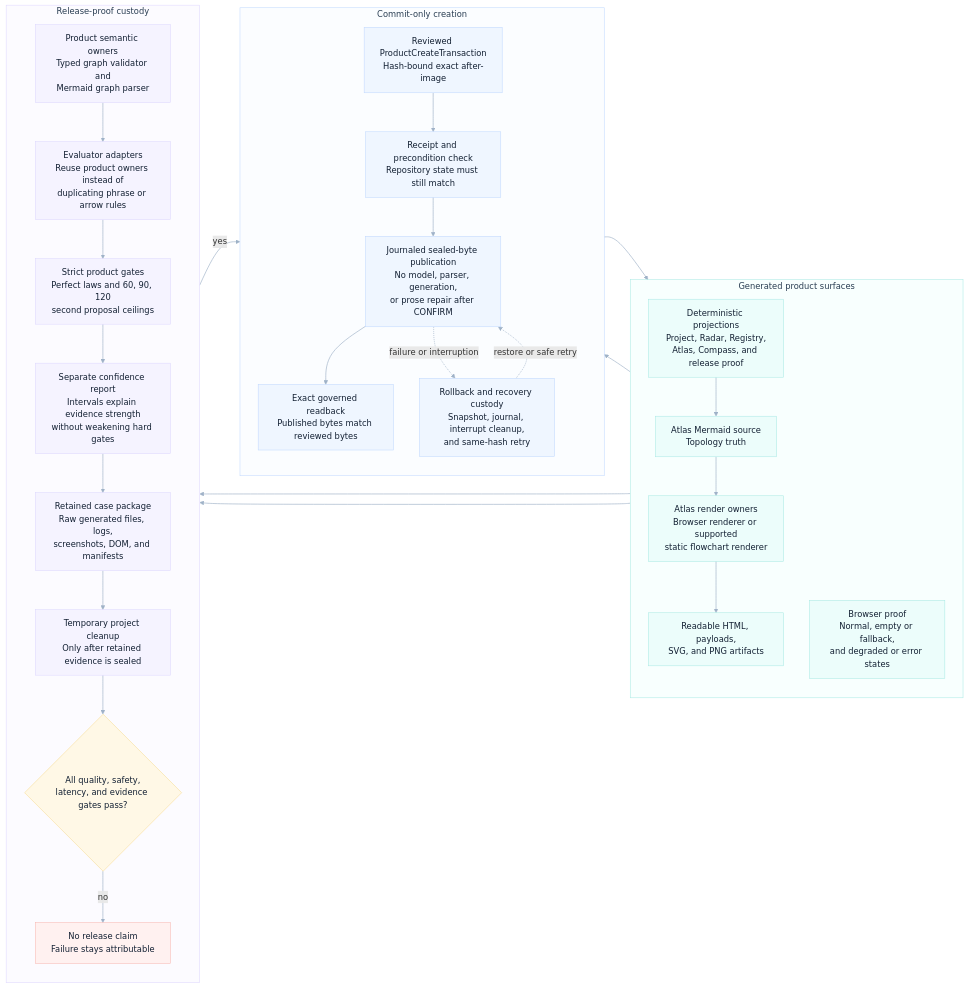
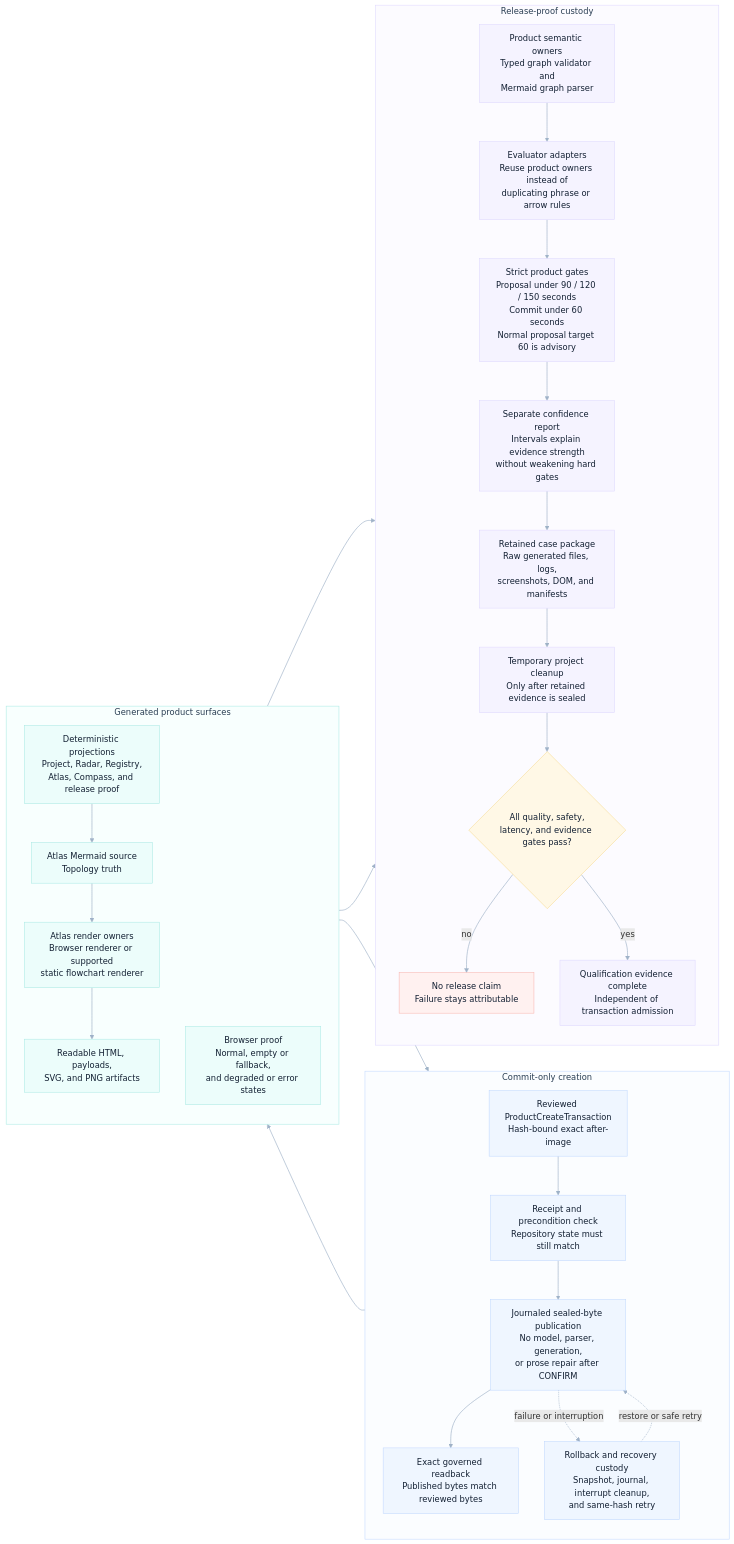
One commit to odylith/odylith changed the diagram in odylith/atlas/source/greenfield-rendered-surface-and-static-atlas-custody.mmd. Above: the diagram before and after it, drawn with Mermaid. The commit also changed 109 other files, not shown here.

```diff
--- a/odylith/atlas/source/greenfield-rendered-surface-and-static-atlas-custody.mmd
+++ b/odylith/atlas/source/greenfield-rendered-surface-and-static-atlas-custody.mmd
@@ -1,57 +1,58 @@
 flowchart LR
     subgraph transaction_lane["Commit-only creation"]
       direction TB
       reviewed["Reviewed ProductCreateTransaction<br/>Hash-bound exact after-image"]
       preconditions["Receipt and precondition check<br/>Repository state must still match"]
       write["Journaled sealed-byte publication<br/>No model, parser, generation,<br/>or prose repair after CONFIRM"]
       recovery["Rollback and recovery custody<br/>Snapshot, journal, interrupt cleanup,<br/>and same-hash retry"]
       readback["Exact governed readback<br/>Published bytes match reviewed bytes"]
     end
 
     subgraph surface_lane["Generated product surfaces"]
       direction TB
       projections["Deterministic projections<br/>Project, Radar, Registry,<br/>Atlas, Compass, and release proof"]
       atlas_source["Atlas Mermaid source<br/>Topology truth"]
       atlas_render["Atlas render owners<br/>Browser renderer or supported<br/>static flowchart renderer"]
       surfaces["Readable HTML, payloads,<br/>SVG, and PNG artifacts"]
       browser["Browser proof<br/>Normal, empty or fallback,<br/>and degraded or error states"]
     end
 
     subgraph evidence_lane["Release-proof custody"]
       direction TB
       product_parser["Product semantic owners<br/>Typed graph validator and<br/>Mermaid graph parser"]
       evaluator["Evaluator adapters<br/>Reuse product owners instead of<br/>duplicating phrase or arrow rules"]
-      strict_gate["Strict product gates<br/>Perfect laws and 60, 90, 120<br/>second proposal ceilings"]
+      strict_gate["Strict product gates<br/>Proposal under 90 / 120 / 150 seconds<br/>Commit under 60 seconds<br/>Normal proposal target 60 is advisory"]
       confidence["Separate confidence report<br/>Intervals explain evidence strength<br/>without weakening hard gates"]
       retain["Retained case package<br/>Raw generated files, logs,<br/>screenshots, DOM, and manifests"]
       cleanup["Temporary project cleanup<br/>Only after retained evidence is sealed"]
       release{"All quality, safety,<br/>latency, and evidence gates pass?"}
       blocker["No release claim<br/>Failure stays attributable"]
+      qualified["Qualification evidence complete<br/>Independent of transaction admission"]
     end
 
     reviewed --> preconditions --> write --> readback
     write -. "failure or interruption" .-> recovery
     recovery -. "restore or safe retry" .-> write
     projections --> atlas_source --> atlas_render --> surfaces --> reviewed
     readback --> browser
     product_parser --> evaluator
     projections --> evaluator
     browser --> evaluator --> strict_gate --> confidence --> retain --> cleanup --> release
     release -- "no" --> blocker
-    release -- "yes" --> reviewed
+    release -- "yes" --> qualified
 
     classDef primary fill:#EFF6FF,stroke:#BFD7FE,color:#132033,stroke-width:1px;
     classDef execution fill:#ECFDFB,stroke:#A7E9E3,color:#132033,stroke-width:1px;
     classDef governance fill:#F5F3FF,stroke:#DDD6FE,color:#132033,stroke-width:1px;
     classDef constraint fill:#FFF8E6,stroke:#F6D98B,color:#132033,stroke-width:1px;
     classDef invalid fill:#FFF1F0,stroke:#F7B4AE,color:#132033,stroke-width:1px;
     class reviewed,preconditions,write,recovery,readback primary;
     class projections,atlas_source,atlas_render,surfaces,browser execution;
-    class product_parser,evaluator,strict_gate,confidence,retain,cleanup governance;
+    class product_parser,evaluator,strict_gate,confidence,retain,cleanup,qualified governance;
     class release constraint;
     class blocker invalid;
 
     style transaction_lane fill:#FBFDFF,stroke:#BFD7FE,stroke-width:1px,color:#293D52
     style surface_lane fill:#F8FFFE,stroke:#A7E9E3,stroke-width:1px,color:#293D52
     style evidence_lane fill:#FCFBFF,stroke:#DDD6FE,stroke-width:1px,color:#293D52
     linkStyle default stroke:#9FB2C8,stroke-width:1.25px
```
